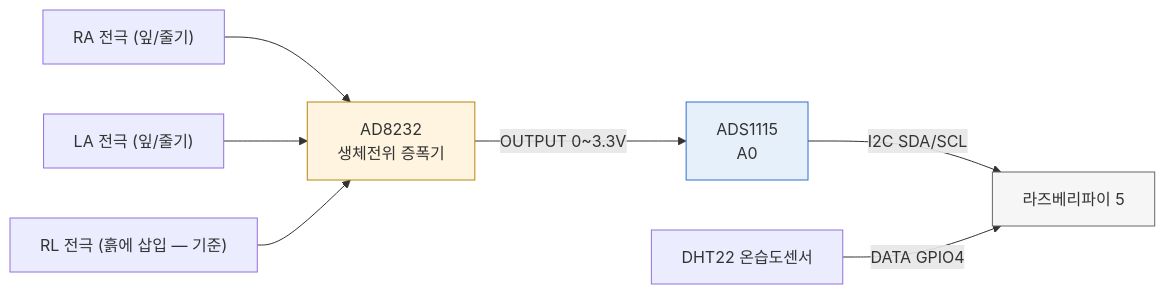
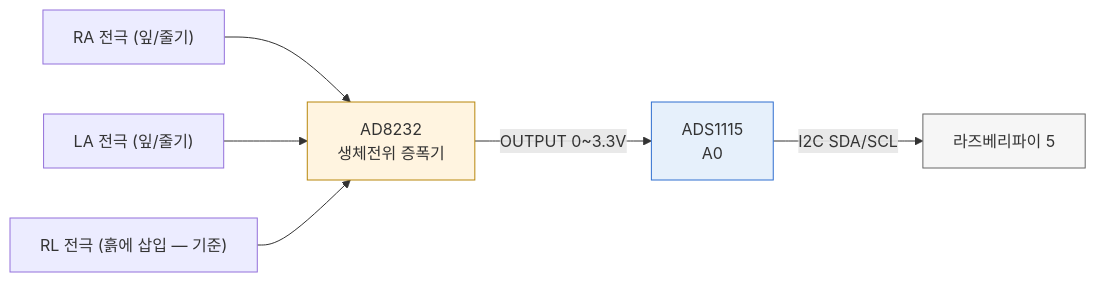
Before and after one commit to packsunjin/GML_PLANT: the diagram in README.md, drawn with Mermaid. The commit also changed other lines of this file, not shown here.

First line of the commit message:
하드웨어 연결 구조에서 DHT22(온·습도) 제거

````diff
--- a/README.md
+++ b/README.md
@@ -210,13 +210,12 @@
 ```mermaid
 graph LR
     RA["RA 전극 (잎/줄기)"] --> AD8232["AD8232<br/>생체전위 증폭기"]
     LA["LA 전극 (잎/줄기)"] --> AD8232
     RL["RL 전극 (흙에 삽입 — 기준)"] --> AD8232
     AD8232 -->|"OUTPUT 0~3.3V"| A0["ADS1115<br/>A0"]
     A0 -->|"I2C SDA/SCL"| PI["라즈베리파이 5"]
-    DHT["DHT22 온습도센서"] -->|"DATA GPIO4"| PI
 
     style AD8232 fill:#fff4e0,stroke:#b8860b
     style A0 fill:#e6f0fb,stroke:#2f6fd0
     style PI fill:#f6f6f6,stroke:#666
 ```
````
